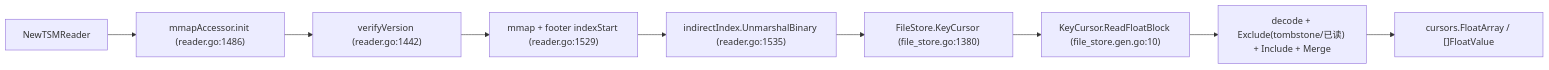
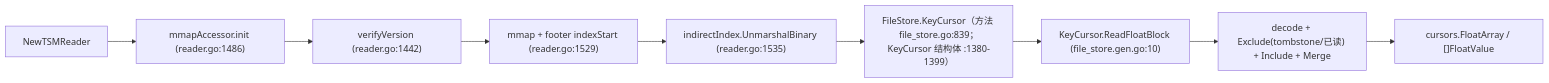
Before and after one commit to stefanv5/influxdb: the third of 6 diagrams in docs/specs/v1.8.10-vs-v1.12.3/04_storage_compaction_diff.md, drawn with Mermaid. The commit also changed other lines of this file and 16 other files, not shown here.

````diff
--- a/docs/specs/v1.8.10-vs-v1.12.3/04_storage_compaction_diff.md
+++ b/docs/specs/v1.8.10-vs-v1.12.3/04_storage_compaction_diff.md
@@ -1551,11 +1563,11 @@
 ```mermaid
 flowchart LR
     A["NewTSMReader"] --> B["mmapAccessor.init (reader.go:1486)"]
     B --> C["verifyVersion (reader.go:1442)"]
     C --> D["mmap + footer indexStart (reader.go:1529)"]
     D --> E["indirectIndex.UnmarshalBinary (reader.go:1535)"]
-    E --> F["FileStore.KeyCursor (file_store.go:1380)"]
+    E --> F["FileStore.KeyCursor（方法 file_store.go:839；KeyCursor 结构体 :1380-1399）"]
     F --> G["KeyCursor.ReadFloatBlock (file_store.gen.go:10)"]
     G --> H["decode + Exclude(tombstone/已读) + Include + Merge"]
     H --> I["cursors.FloatArray / []FloatValue"]
 ```
````
